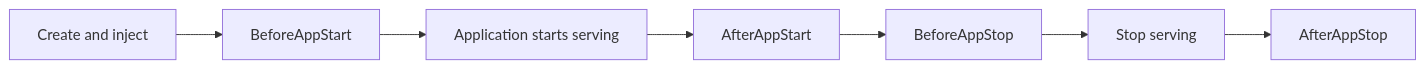
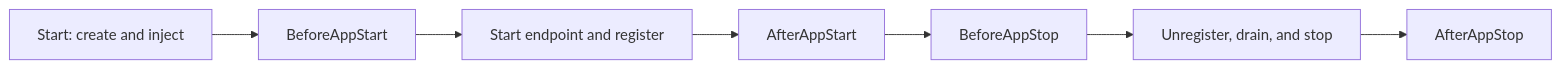
The diagram in docs/framework/components.md (yorun-ai/vine-site), drawn with Mermaid before and after one commit. The commit also changed other lines of this file and 95 other files, not shown here.

````diff
--- a/docs/framework/components.md
+++ b/docs/framework/components.md
@@ -77,5 +83,5 @@
 ```mermaid
 flowchart LR
-  Create["Create and inject"] --> BeforeStart["BeforeAppStart"] --> Start["Application starts serving"] --> AfterStart["AfterAppStart"]
-  AfterStart --> BeforeStop["BeforeAppStop"] --> Stop["Stop serving"] --> AfterStop["AfterAppStop"]
+  Create["Start: create and inject"] --> BeforeStart["BeforeAppStart"] --> Start["Start endpoint and register"] --> AfterStart["AfterAppStart"]
+  AfterStart --> BeforeStop["BeforeAppStop"] --> Stop["Unregister, drain, and stop"] --> AfterStop["AfterAppStop"]
 ```
````
